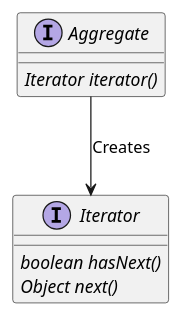
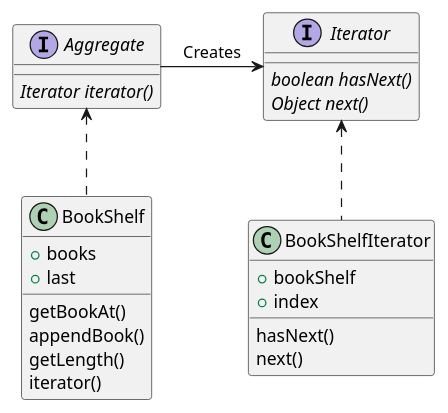
One commit to ku2ma2/design_pattern changed the diagram in php/iterator/README.md. Above: the diagram before and after it, drawn with PlantUML. The commit also changed 1 other file, not shown here.

Commit message:
PlantUMLの見た目を調整

````diff
--- a/php/iterator/README.md
+++ b/php/iterator/README.md
@@ -4,17 +4,34 @@
 ```uml
 @startuml
 
 
 interface Aggregate {
     {abstract} Iterator iterator()
 }
 
 interface Iterator {
     {abstract} boolean hasNext()
     {abstract} Object next()
 }
+class BookShelf {
+    +books
+    +last
+    getBookAt()
+    appendBook()
+    getLength()
+    iterator()
+}
+class BookShelfIterator {
+    +bookShelf
+    +index
+    hasNext()
+    next()
+}
 
-Aggregate --> Iterator : Creates
+BookShelfIterator .up-> Iterator
+BookShelf .up-> Aggregate
+Aggregate -right-> Iterator : Creates
+
 
 @enduml
 ```
````
